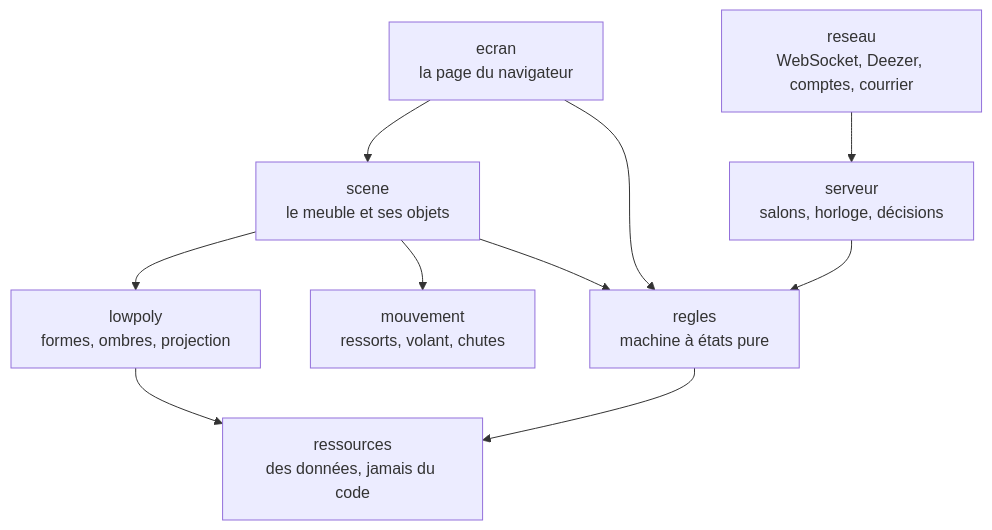
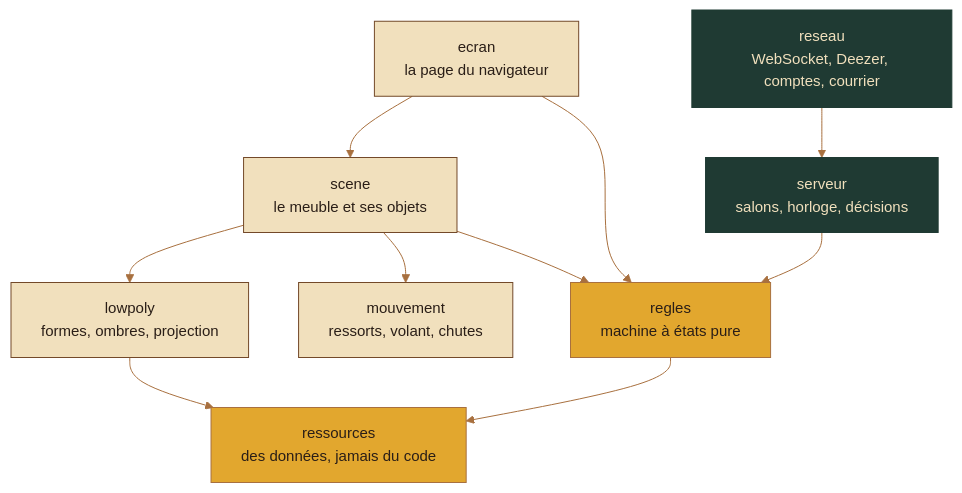
Before and after one commit to SNZMTO/honear: the diagram in README.md, drawn with Mermaid. The commit also changed other lines of this file and 18 other files, not shown here.

````diff
--- a/README.md
+++ b/README.md
@@ -71,12 +108,19 @@
 ```mermaid
+%%{init: {'theme': 'base', 'themeVariables': {'primaryColor': '#F1E0BD', 'primaryTextColor': '#2A1E17', 'primaryBorderColor': '#734929', 'lineColor': '#A8703F', 'fontSize': '15px'}}}%%
 flowchart TB
   ecran["ecran<br/>la page du navigateur"] --> scene["scene<br/>le meuble et ses objets"]
   scene --> lowpoly["lowpoly<br/>formes, ombres, projection"]
   scene --> mouvement["mouvement<br/>ressorts, volant, chutes"]
   scene --> regles
   ecran --> regles
   reseau["reseau<br/>WebSocket, Deezer, comptes, courrier"] --> serveur["serveur<br/>salons, horloge, décisions"]
   serveur --> regles["regles<br/>machine à états pure"]
   regles --> ressources["ressources<br/>des données, jamais du code"]
   lowpoly --> ressources
+  classDef navigateur fill:#F1E0BD,stroke:#734929,color:#2A1E17
+  classDef serveurs fill:#1F3A33,stroke:#1F3A33,color:#F1E0BD
+  classDef socle fill:#E2A72E,stroke:#A8703F,color:#2A1E17
+  class ecran,scene,lowpoly,mouvement navigateur
+  class reseau,serveur serveurs
+  class regles,ressources socle
 ```
````
